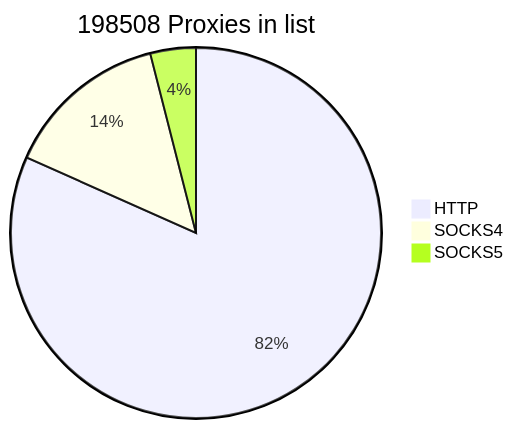
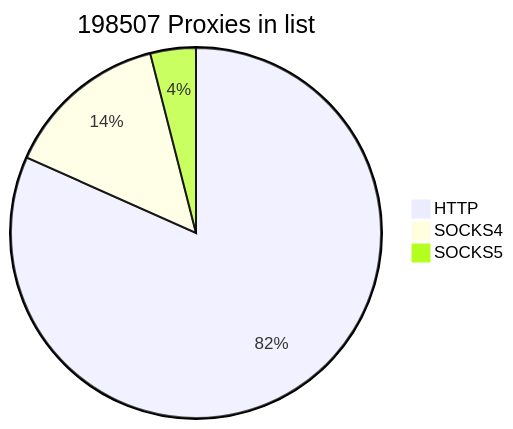
The first of 2 diagrams in README.md (cutipu/proxylist), drawn with Mermaid before and after one commit. The commit also changed other lines of this file, not shown here.

````diff
--- a/README.md
+++ b/README.md
@@ -2,7 +2,7 @@
 ```mermaid
-pie title 198508 Proxies in list
+pie title 198507 Proxies in list
     "HTTP" : 162134
     "SOCKS4" : 28485
-    "SOCKS5" : 7889
+    "SOCKS5" : 7888
             
 ```
````
